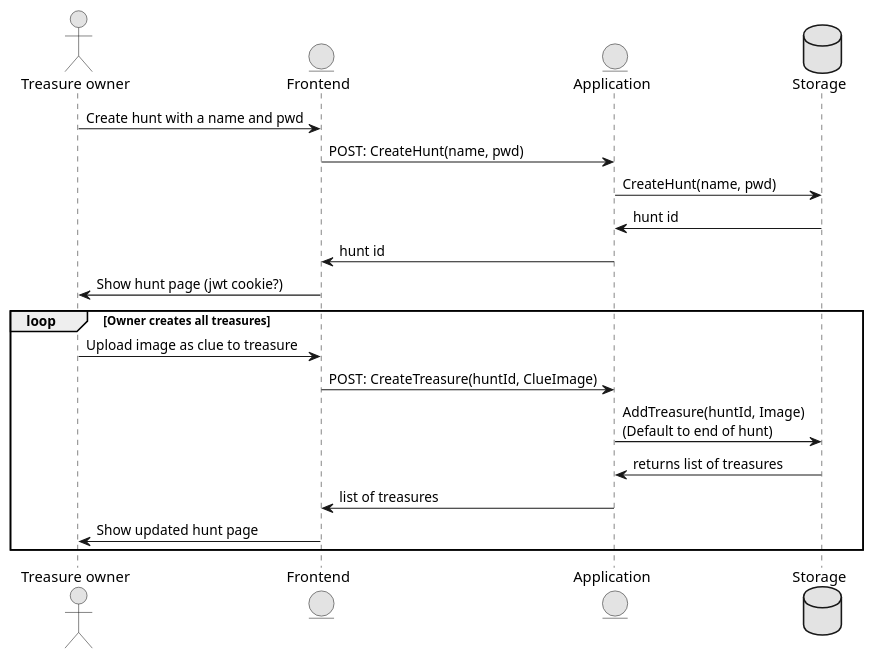
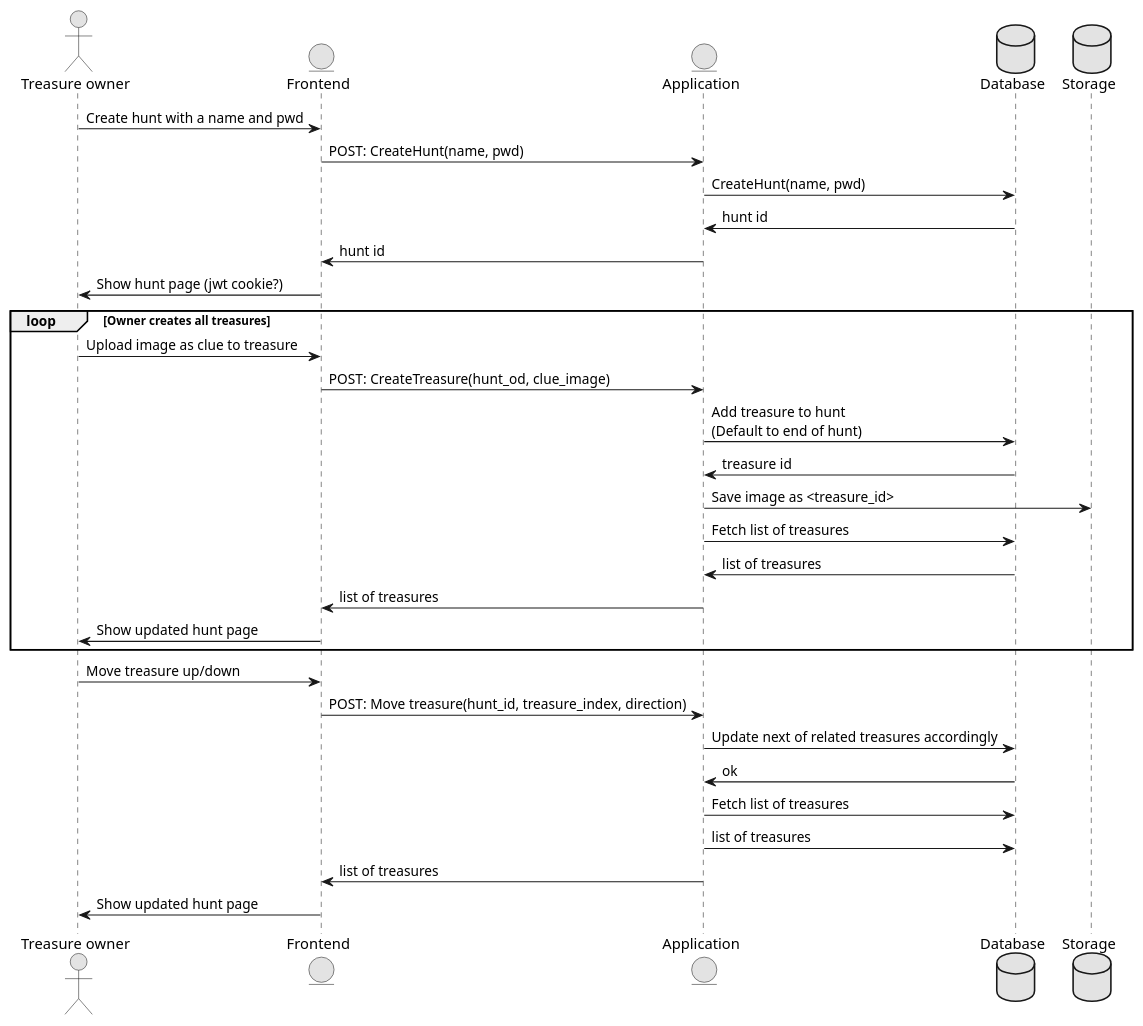
One commit to bjornwedell/lengers-treasure-hunt changed the diagram in use_case.iuml. Above: the diagram before and after it, drawn with PlantUML.

Commit message:
Updated use case

```diff
--- a/use_case.iuml
+++ b/use_case.iuml
@@ -1,21 +1,33 @@
 @startuml Usecase
 skinparam monochrome true
 Actor "Treasure owner" as owner
 Entity "Frontend" as fe
 Entity "Application" as app
-Database "Storage" as db
+Database "Database" as db
+Database "Storage" as storage
 owner -> fe: Create hunt with a name and pwd
 fe -> app: POST: CreateHunt(name, pwd)
 app -> db: CreateHunt(name, pwd)
 app <- db: hunt id
 fe <- app: hunt id
 fe -> owner: Show hunt page (jwt cookie?)
 loop Owner creates all treasures
     owner -> fe: Upload image as clue to treasure
-    fe -> app: POST: CreateTreasure(huntId, ClueImage)
-    app -> db: AddTreasure(huntId, Image)\n(Default to end of hunt)
-    app <- db: returns list of treasures
+    fe -> app: POST: CreateTreasure(hunt_od, clue_image)
+    app -> db: Add treasure to hunt\n(Default to end of hunt)
+    app <- db: treasure id
+    app -> storage: Save image as <treasure_id>
+    app -> db: Fetch list of treasures
+    app <- db: list of treasures
     fe <- app: list of treasures
     owner <- fe: Show updated hunt page
 end
+owner -> fe: Move treasure up/down
+fe -> app: POST: Move treasure(hunt_id, treasure_index, direction) 
+app -> db: Update next of related treasures accordingly
+app <- db: ok
+app -> db: Fetch list of treasures
+app -> db: list of treasures
+fe <- app: list of treasures
+owner <- fe: Show updated hunt page
 @enduml
```
